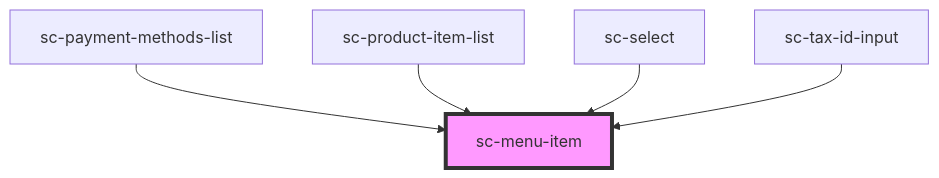
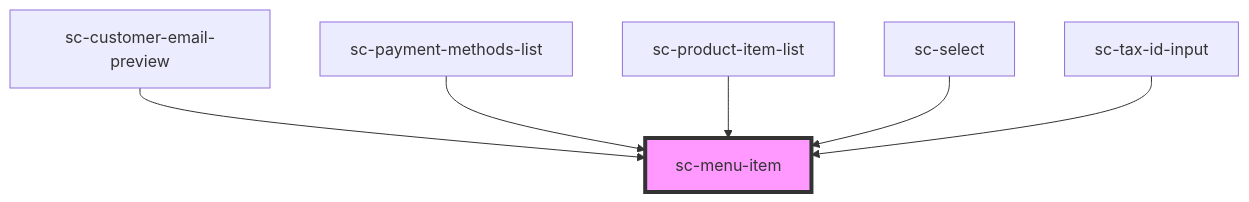
The diagram in packages/components/src/components/ui/menu-item/readme.md (surecart/surecart-wp-plugin), drawn with Mermaid before and after one commit. The commit also changed other lines of this file and 22 other files, not shown here.

````diff
--- a/packages/components/src/components/ui/menu-item/readme.md
+++ b/packages/components/src/components/ui/menu-item/readme.md
@@ -60,8 +61,9 @@
 ```mermaid
 graph TD;
+  sc-customer-email-preview --> sc-menu-item
   sc-payment-methods-list --> sc-menu-item
   sc-product-item-list --> sc-menu-item
   sc-select --> sc-menu-item
   sc-tax-id-input --> sc-menu-item
   style sc-menu-item fill:#f9f,stroke:#333,stroke-width:4px
 ```
````
